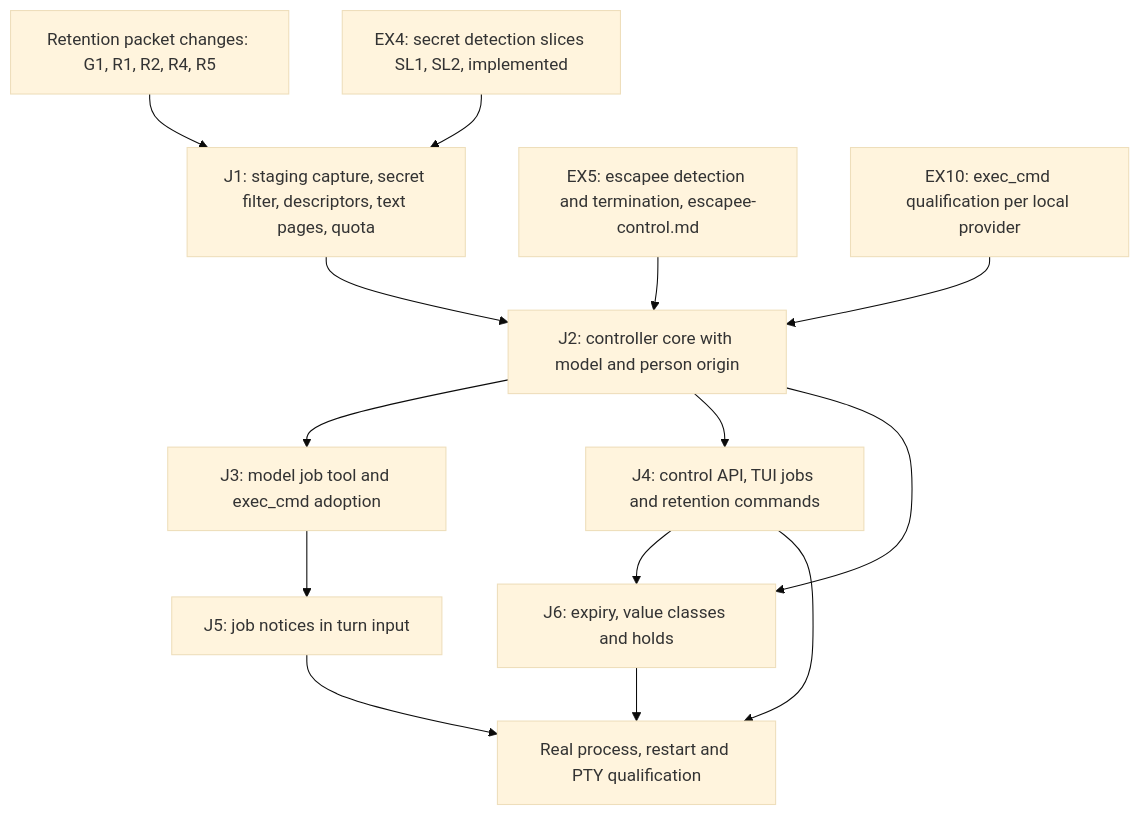
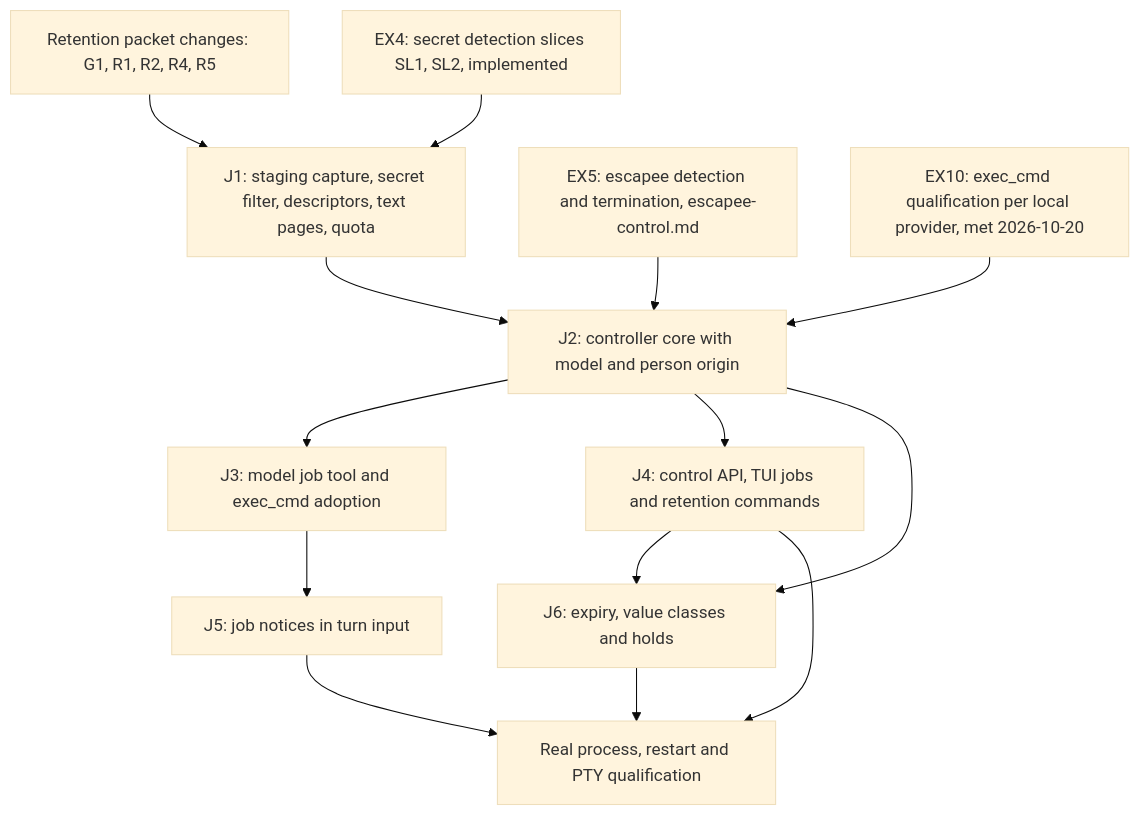
One commit to pidster/asura changed the sixth of 8 diagrams in docs/designs/tool-job-controller.md. Above: the diagram before and after it, drawn with Mermaid (base theme). The commit also changed other lines of this file and 7 other files, not shown here.

First line of the commit message:
Qualify exec_cmd per local model (EX10)

````diff
--- a/docs/designs/tool-job-controller.md
+++ b/docs/designs/tool-job-controller.md
@@ -930,16 +932,16 @@
 ```mermaid
 flowchart TD
     RP[Retention packet changes: G1, R1, R2, R4, R5] --> J1[J1: staging capture, secret filter, descriptors, text pages, quota]
     SD[EX4: secret detection slices SL1, SL2, implemented] --> J1
     ESC[EX5: escapee detection and termination, escapee-control.md] --> J2[J2: controller core with model and person origin]
-    QUAL[EX10: exec_cmd qualification per local provider] --> J2
+    QUAL[EX10: exec_cmd qualification per local provider, met 2026-10-20] --> J2
     J1 --> J2
     J2 --> J3[J3: model job tool and exec_cmd adoption]
     J2 --> J4[J4: control API, TUI jobs and retention commands]
     J2 --> J6[J6: expiry, value classes and holds]
     J3 --> J5[J5: job notices in turn input]
     J4 --> J6
     J4 --> Q[Real process, restart and PTY qualification]
     J5 --> Q
     J6 --> Q
 ```
````
